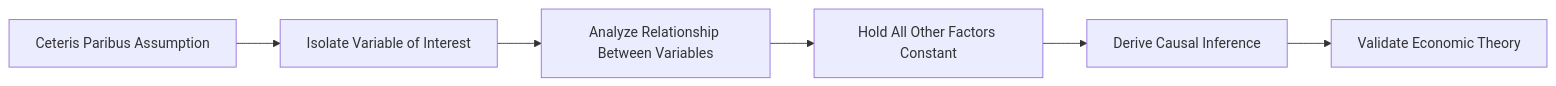
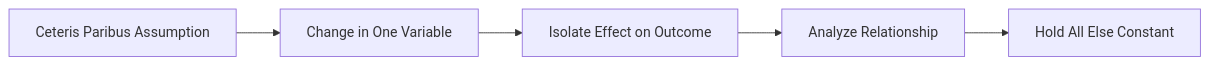
The diagram in Obsidian_Vault/2-Academic/Winter 2026/Economics/2_Theory_Of_Demand_And_Supply/Ceteris_Paribus.md (DagimAlemayehuu/Ater), drawn with Mermaid before and after one commit. The commit also changed other lines of this file and 52 other files, not shown here.

````diff
--- a/Obsidian_Vault/2-Academic/Winter 2026/Economics/2_Theory_Of_Demand_And_Supply/Ceteris_Paribus.md
+++ b/Obsidian_Vault/2-Academic/Winter 2026/Economics/2_Theory_Of_Demand_And_Supply/Ceteris_Paribus.md
@@ -39,10 +39,9 @@
 ```mermaid
 
 graph LR
-    A[Ceteris Paribus Assumption] --> B[Isolate Variable of Interest]
-    B --> C[Analyze Relationship Between Variables]
-    C --> D[Hold All Other Factors Constant]
-    D --> E[Derive Causal Inference]
-    E --> F[Validate Economic Theory]
+    A[Ceteris Paribus Assumption] --> B[Change in One Variable]
+    B --> C[Isolate Effect on Outcome]
+    C --> D[Analyze Relationship]
+    D --> E[Hold All Else Constant]
 
 ```
````
